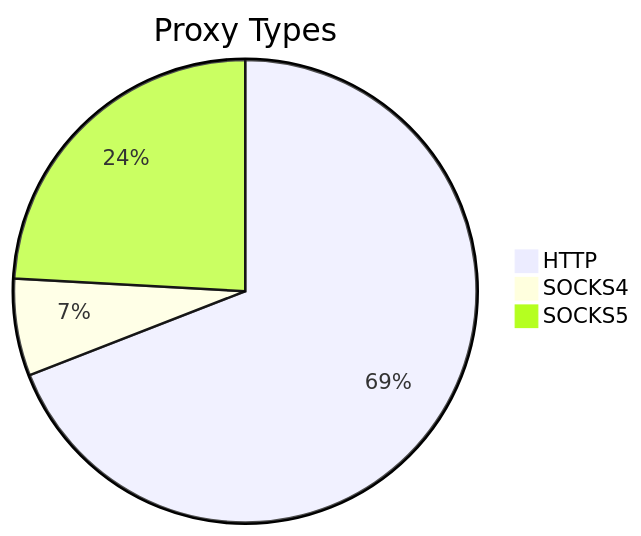
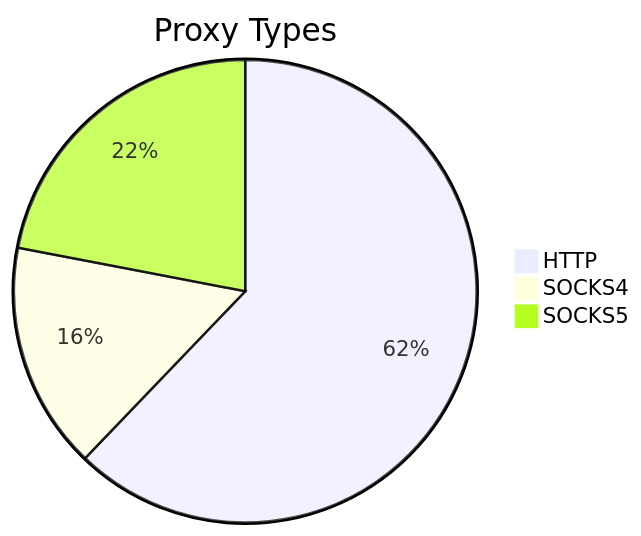
One commit to stormsia/proxy-list changed the first of 2 diagrams in README.md. Above: the diagram before and after it, drawn with Mermaid. The commit also changed other lines of this file, not shown here.

````diff
--- a/README.md
+++ b/README.md
@@ -21,6 +21,6 @@
 ```mermaid
 pie title Proxy Types
-    "HTTP" : 275
-    "SOCKS4" : 27
-    "SOCKS5" : 96
+    "HTTP" : 345
+    "SOCKS4" : 88
+    "SOCKS5" : 122
 ```
````
